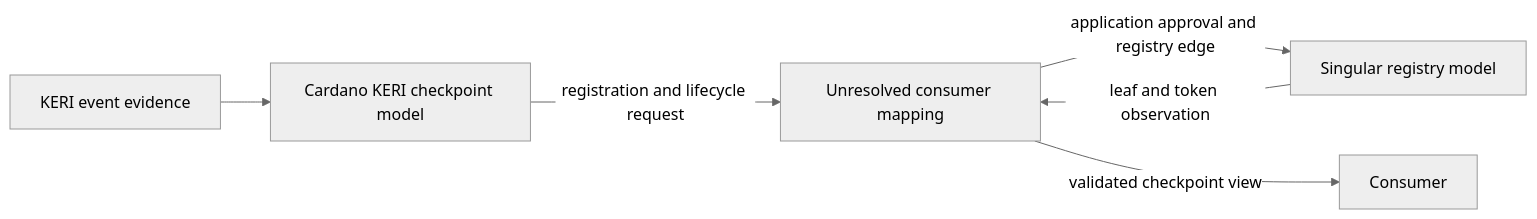
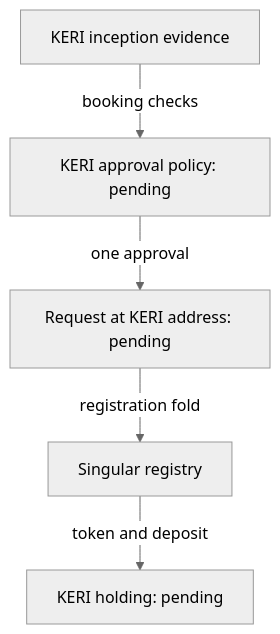
One commit to lambdasistemi/cardano-keri changed the diagram in docs/demos/d02-registry-mapping.md. Above: the diagram before and after it, drawn with Mermaid (neutral theme). The commit also changed other lines of this file and 68 other files, not shown here.

Commit message:
docs: map KERI integration to the Singular redesign

````diff
--- a/docs/demos/d02-registry-mapping.md
+++ b/docs/demos/d02-registry-mapping.md
@@ -13,8 +47,7 @@
 ```mermaid
-flowchart LR
-    KEL[KERI event evidence] --> CK[Cardano KERI checkpoint model]
-    CK -->|registration and lifecycle request| MAP[Unresolved consumer mapping]
-    MAP -->|application approval and registry edge| S[Singular registry model]
-    S -->|leaf and token observation| MAP
-    MAP -->|validated checkpoint view| C[Consumer]
+flowchart TB
+    E[KERI inception evidence] -->|booking checks| A[KERI approval policy: pending]
+    A -->|one approval| Q[Request at KERI address: pending]
+    Q -->|registration fold| S[Singular registry]
+    S -->|token and deposit| H[KERI holding: pending]
 ```
````
